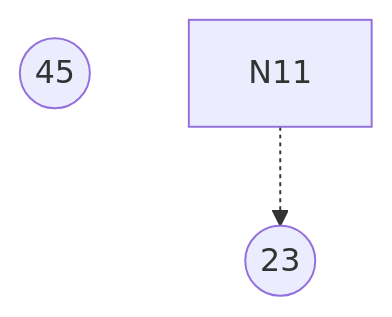
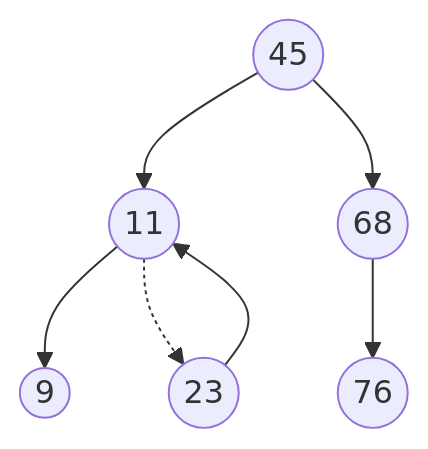
Diagram 12 of 13 in _posts/DataStructures/Tree/BinaryTree/2019-02-13-二叉排序树.md (dmjcb/dmjcb.github.io), drawn with Mermaid before and after one commit. The commit also changed other lines of this file and 122 other files, not shown here.

Commit message:
修复图形显示BUG

````diff
--- a/_posts/DataStructures/Tree/BinaryTree/2019-02-13-二叉排序树.md
+++ b/_posts/DataStructures/Tree/BinaryTree/2019-02-13-二叉排序树.md
@@ -212,6 +265,11 @@
 ```mermaid
 graph TB
     N45((45))
+        N45-->N11((11))
+            N11-->N9((9))
             N11-.->N23((23))
     
+        N45-->N68((68))
+            N68-->N76((76))
+    N23-->N11
 ```
````
